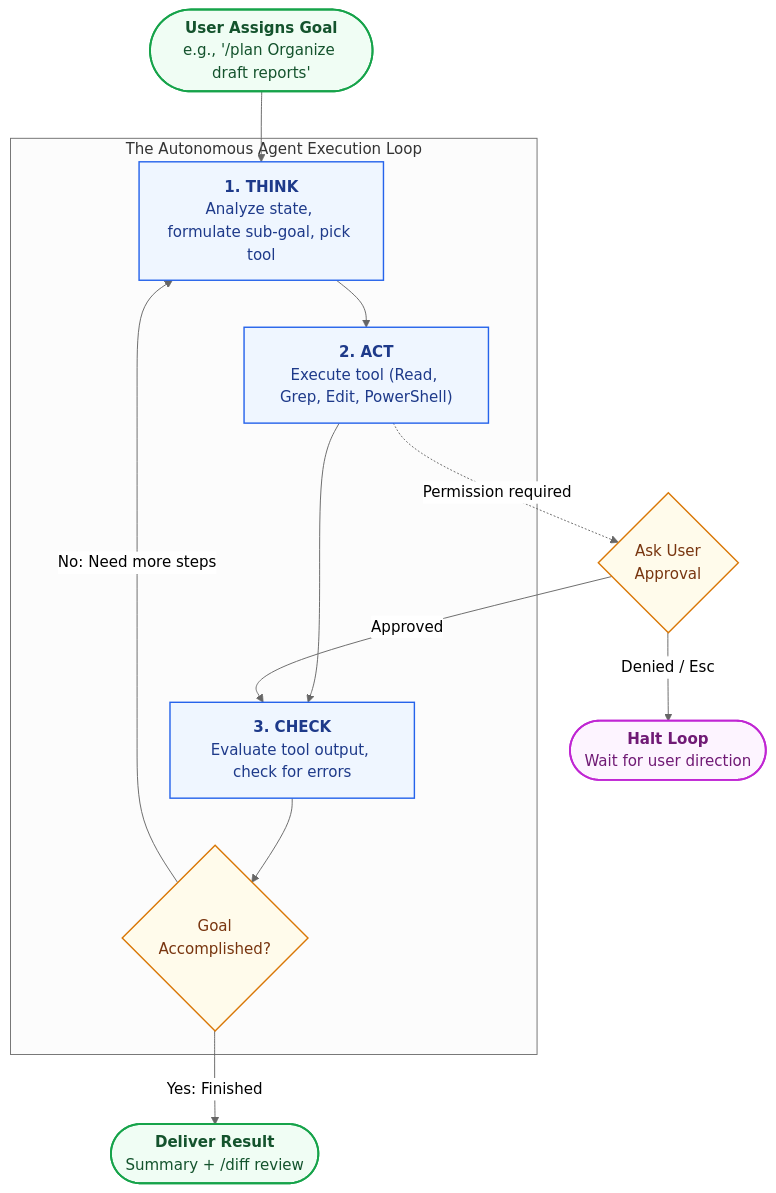
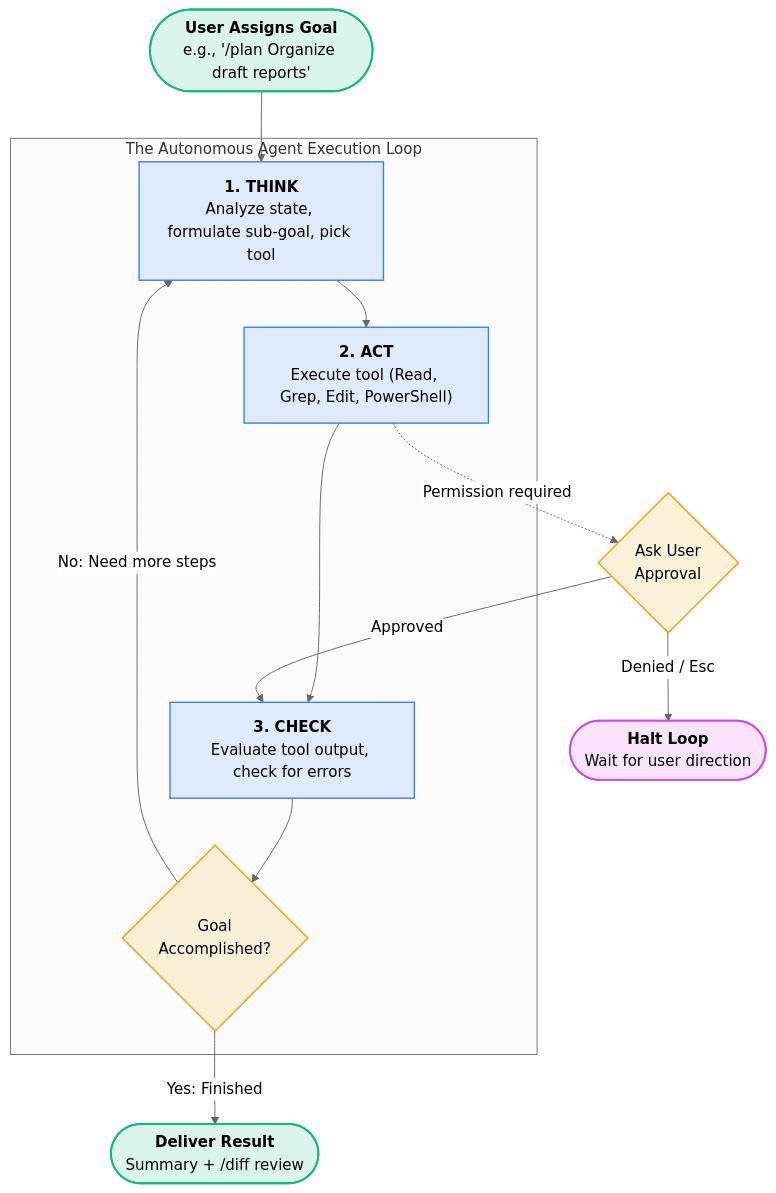
Before and after one commit to Sharath-B-7/AI-Learning: the diagram in docs/foundations/part-b/module-12-agents.md, drawn with Mermaid (neutral theme). The commit also changed 10 other files, not shown here.

````diff
--- a/docs/foundations/part-b/module-12-agents.md
+++ b/docs/foundations/part-b/module-12-agents.md
@@ -76,25 +76,25 @@
 ```mermaid
 flowchart TD
     Goal(["<b>User Assigns Goal</b><br/>e.g., '/plan Organize draft reports'"]) --> Think
 
     subgraph Loop["The Autonomous Agent Execution Loop"]
         Think["<b>1. THINK</b><br/>Analyze state, formulate sub-goal, pick tool"] --> Act["<b>2. ACT</b><br/>Execute tool (Read, Grep, Edit, PowerShell)"]
         Act --> Check["<b>3. CHECK</b><br/>Evaluate tool output, check for errors"]
         Check --> Eval{"Goal<br/>Accomplished?"}
         Eval -- "No: Need more steps" --> Think
     end
 
     Eval -- "Yes: Finished" --> Done(["<b>Deliver Result</b><br/>Summary + /diff review"])
     Act -.->|"Permission required"| Ask{"Ask User<br/>Approval"}
     Ask -- "Approved" --> Check
     Ask -- "Denied / Esc" --> Pause(["<b>Halt Loop</b><br/>Wait for user direction"])
 
-    classDef loopNode fill:#eff6ff,stroke:#2563eb,stroke-width:1.5px,color:#1e3a8a;
-    classDef startNode fill:#f0fdf4,stroke:#16a34a,stroke-width:2px,color:#14532d;
-    classDef endNode fill:#fdf4ff,stroke:#c026d3,stroke-width:2px,color:#701a75;
-    classDef gateNode fill:#fffbeb,stroke:#d97706,stroke-width:1.5px,color:#78350f;
+    classDef loopNode fill:#3b82f626,stroke:#3b82f6,stroke-width:1.5px;
+    classDef startNode fill:#10b98126,stroke:#10b981,stroke-width:2px;
+    classDef endNode fill:#d946ef26,stroke:#d946ef,stroke-width:2px;
+    classDef gateNode fill:#f59e0b26,stroke:#f59e0b,stroke-width:1.5px;
     class Think,Act,Check loopNode;
     class Goal,Done startNode;
     class Pause endNode;
     class Eval,Ask gateNode;
 ```
````
